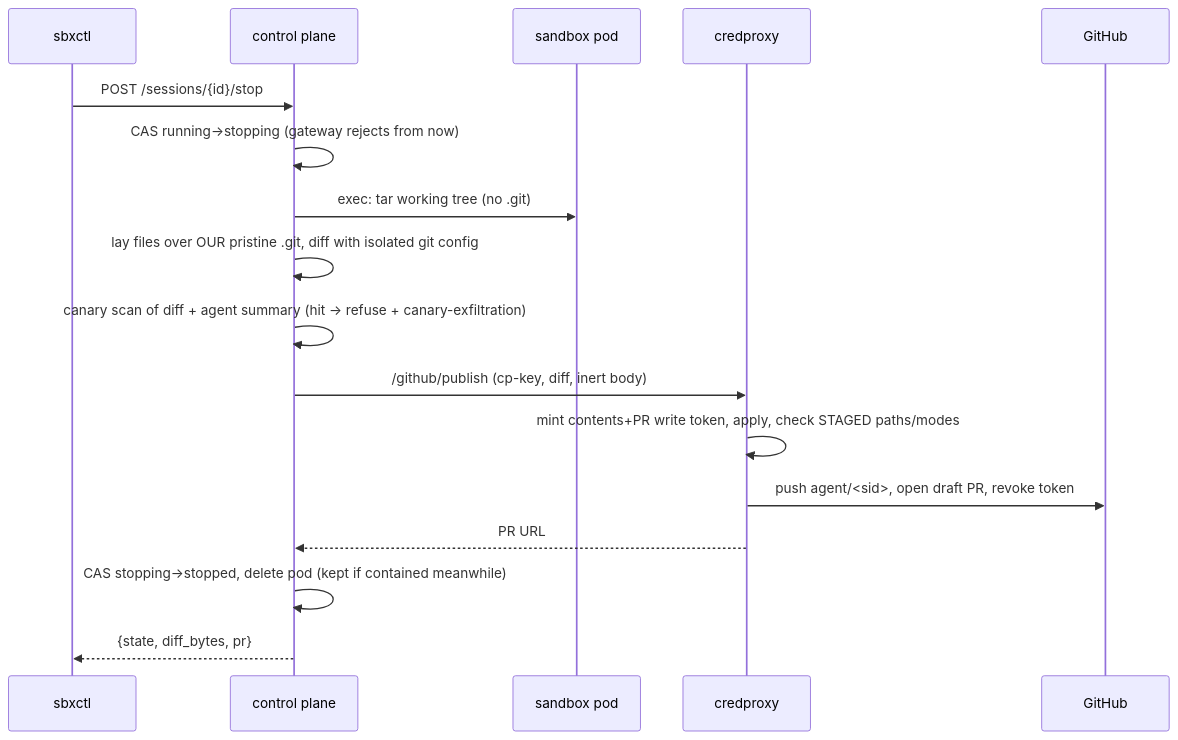
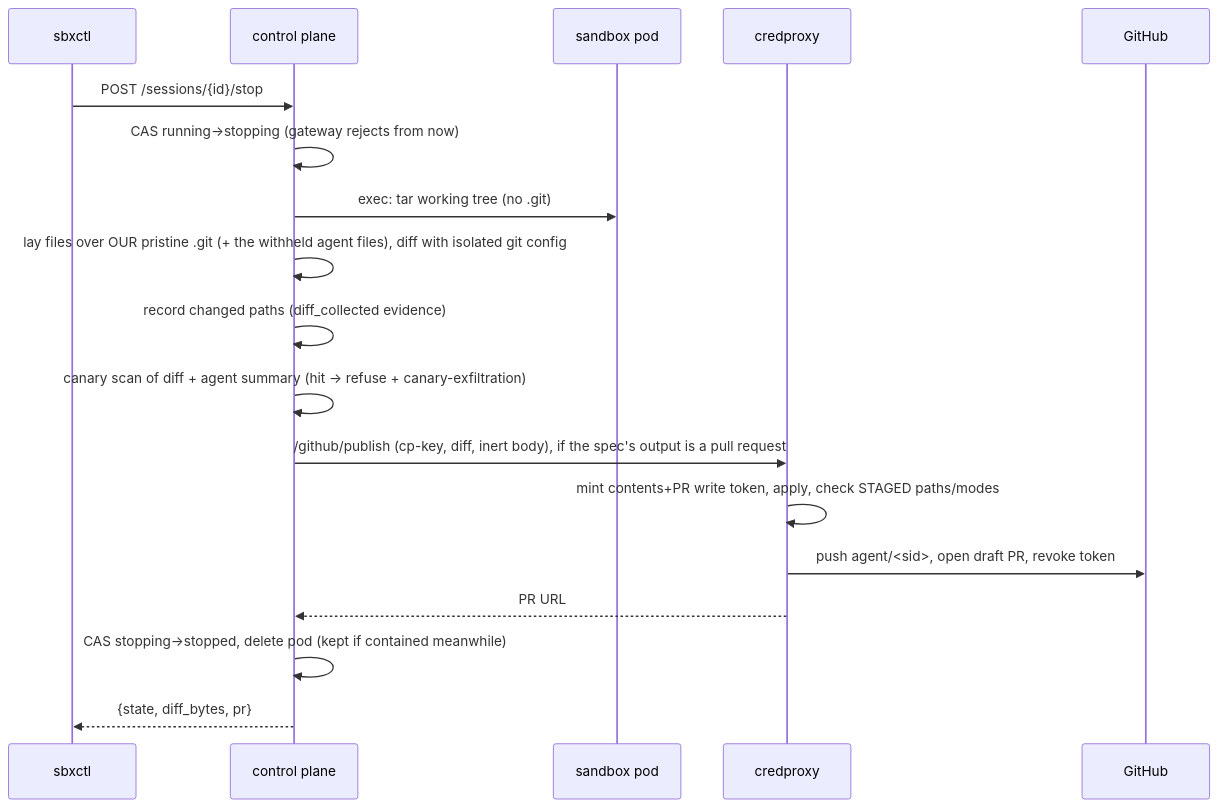
Before and after one commit to bhadradiyaniravnl/security-assignment-forgoodai: the fifth of 6 diagrams in docs/ARCHITECTURE.md, drawn with Mermaid. The commit also changed other lines of this file and 1 other file, not shown here.

First line of the commit message:
Diagrams and topology match the deployed system

````diff
--- a/docs/ARCHITECTURE.md
+++ b/docs/ARCHITECTURE.md
@@ -532,19 +536,20 @@
 ```mermaid
 sequenceDiagram
   participant U as sbxctl
   participant CP as control plane
   participant P as sandbox pod
   participant CR as credproxy
   participant GH as GitHub
   U->>CP: POST /sessions/{id}/stop
   CP->>CP: CAS running→stopping (gateway rejects from now)
   CP->>P: exec: tar working tree (no .git)
-  CP->>CP: lay files over OUR pristine .git, diff with isolated git config
+  CP->>CP: lay files over OUR pristine .git (+ the withheld agent files), diff with isolated git config
+  CP->>CP: record changed paths (diff_collected evidence)
   CP->>CP: canary scan of diff + agent summary (hit → refuse + canary-exfiltration)
-  CP->>CR: /github/publish (cp-key, diff, inert body)
+  CP->>CR: /github/publish (cp-key, diff, inert body), if the spec's output is a pull request
   CR->>CR: mint contents+PR write token, apply, check STAGED paths/modes
   CR->>GH: push agent/<sid>, open draft PR, revoke token
   CR-->>CP: PR URL
   CP->>CP: CAS stopping→stopped, delete pod (kept if contained meanwhile)
   CP-->>U: {state, diff_bytes, pr}
 ```
````
